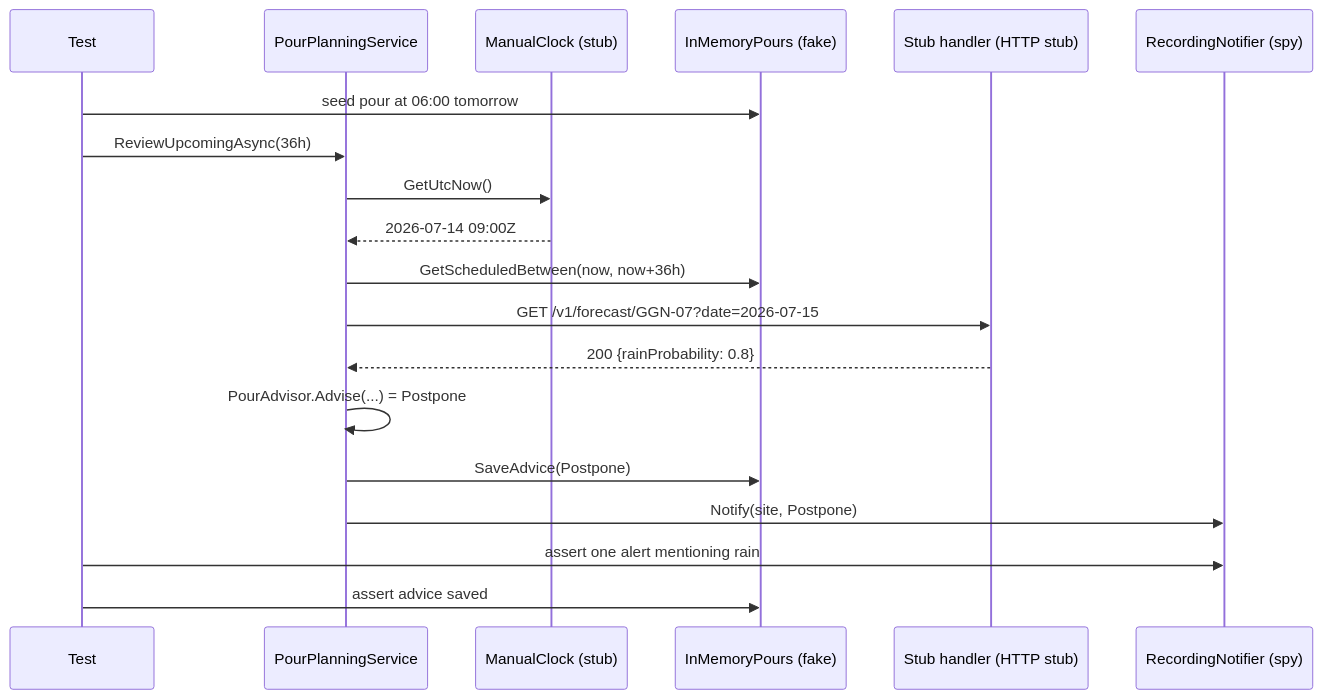
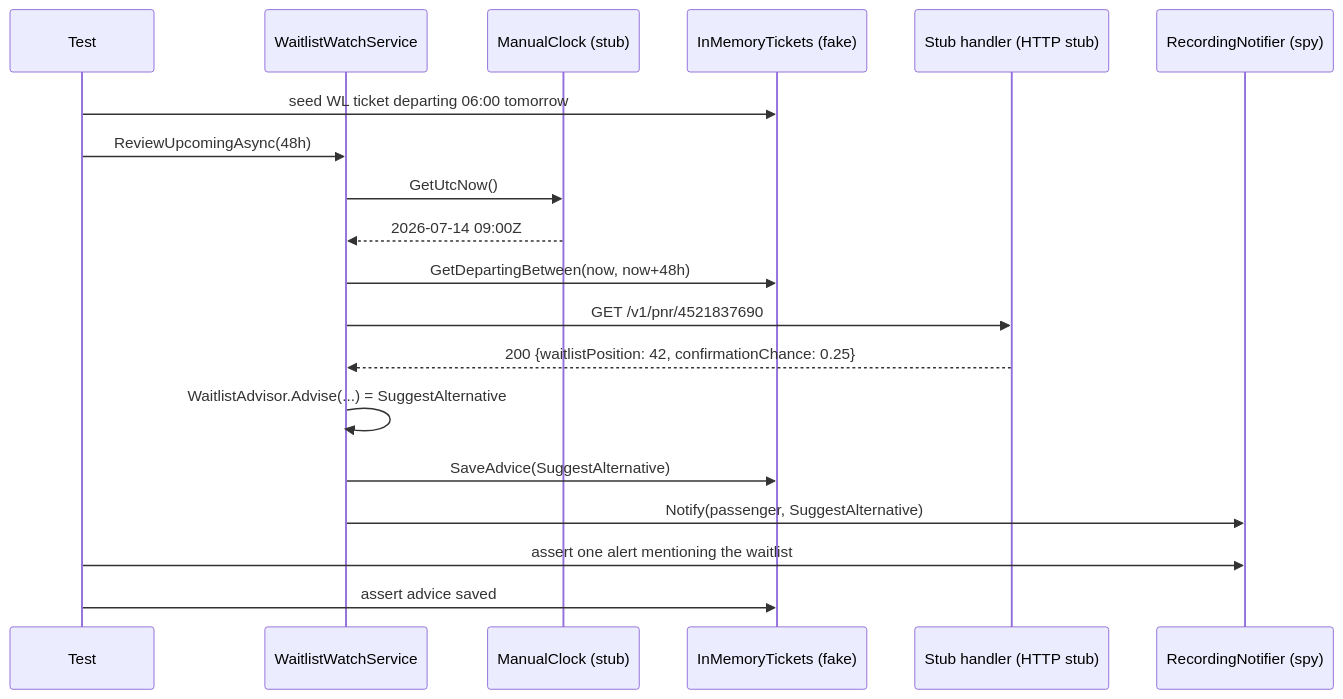
Before and after one commit to rizwi0786/system-design-lab: the second of 2 diagrams in content/lessons/m04/m04-testability.md, drawn with Mermaid. The commit also changed other lines of this file and 334 other files, not shown here.

````diff
--- a/content/lessons/m04/m04-testability.md
+++ b/content/lessons/m04/m04-testability.md
@@ -182,21 +182,21 @@
 ```mermaid
 sequenceDiagram
     participant T as Test
-    participant S as PourPlanningService
+    participant S as WaitlistWatchService
     participant Clk as ManualClock (stub)
-    participant Repo as InMemoryPours (fake)
-    participant Wx as Stub handler (HTTP stub)
+    participant Repo as InMemoryTickets (fake)
+    participant Api as Stub handler (HTTP stub)
     participant Sms as RecordingNotifier (spy)
-    T->>Repo: seed pour at 06:00 tomorrow
-    T->>S: ReviewUpcomingAsync(36h)
+    T->>Repo: seed WL ticket departing 06:00 tomorrow
+    T->>S: ReviewUpcomingAsync(48h)
     S->>Clk: GetUtcNow()
     Clk-->>S: 2026-07-14 09:00Z
-    S->>Repo: GetScheduledBetween(now, now+36h)
-    S->>Wx: GET /v1/forecast/GGN-07?date=2026-07-15
-    Wx-->>S: 200 {rainProbability: 0.8}
-    S->>S: PourAdvisor.Advise(...) = Postpone
-    S->>Repo: SaveAdvice(Postpone)
-    S->>Sms: Notify(site, Postpone)
-    T->>Sms: assert one alert mentioning rain
+    S->>Repo: GetDepartingBetween(now, now+48h)
+    S->>Api: GET /v1/pnr/4521837690
+    Api-->>S: 200 {waitlistPosition: 42, confirmationChance: 0.25}
+    S->>S: WaitlistAdvisor.Advise(...) = SuggestAlternative
+    S->>Repo: SaveAdvice(SuggestAlternative)
+    S->>Sms: Notify(passenger, SuggestAlternative)
+    T->>Sms: assert one alert mentioning the waitlist
     T->>Repo: assert advice saved
 ```
````
